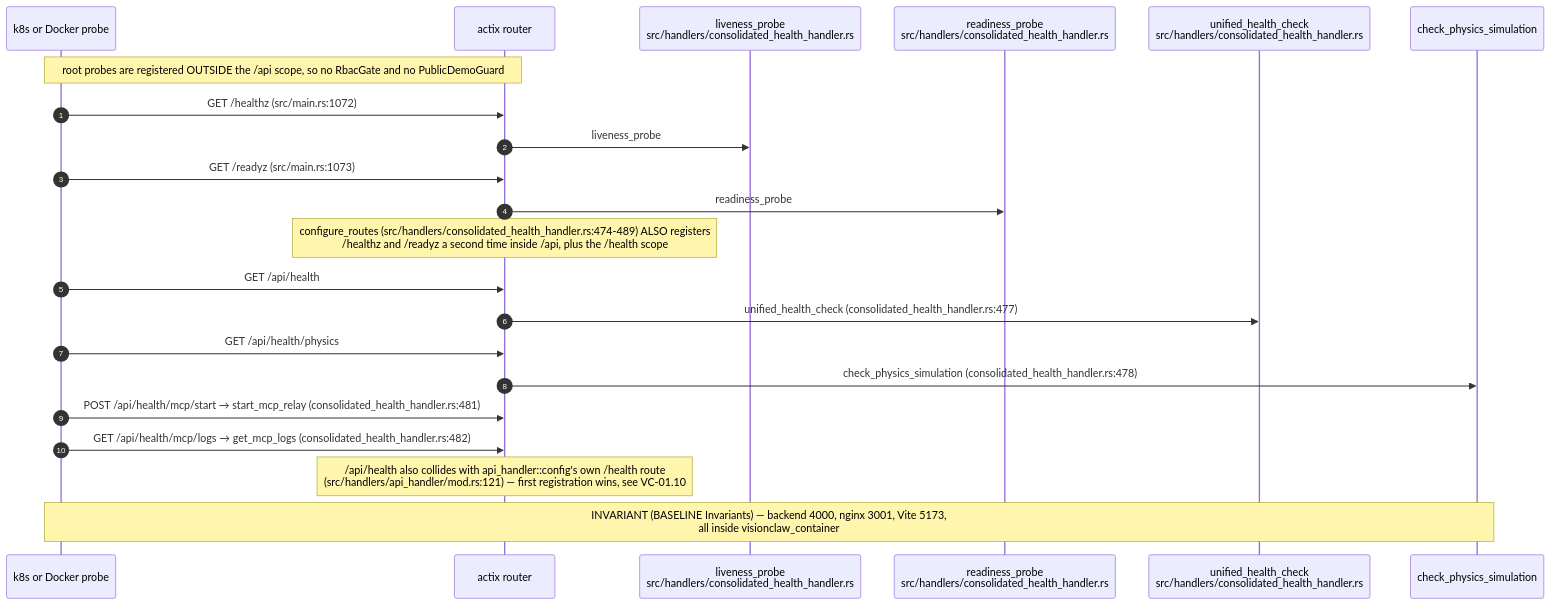
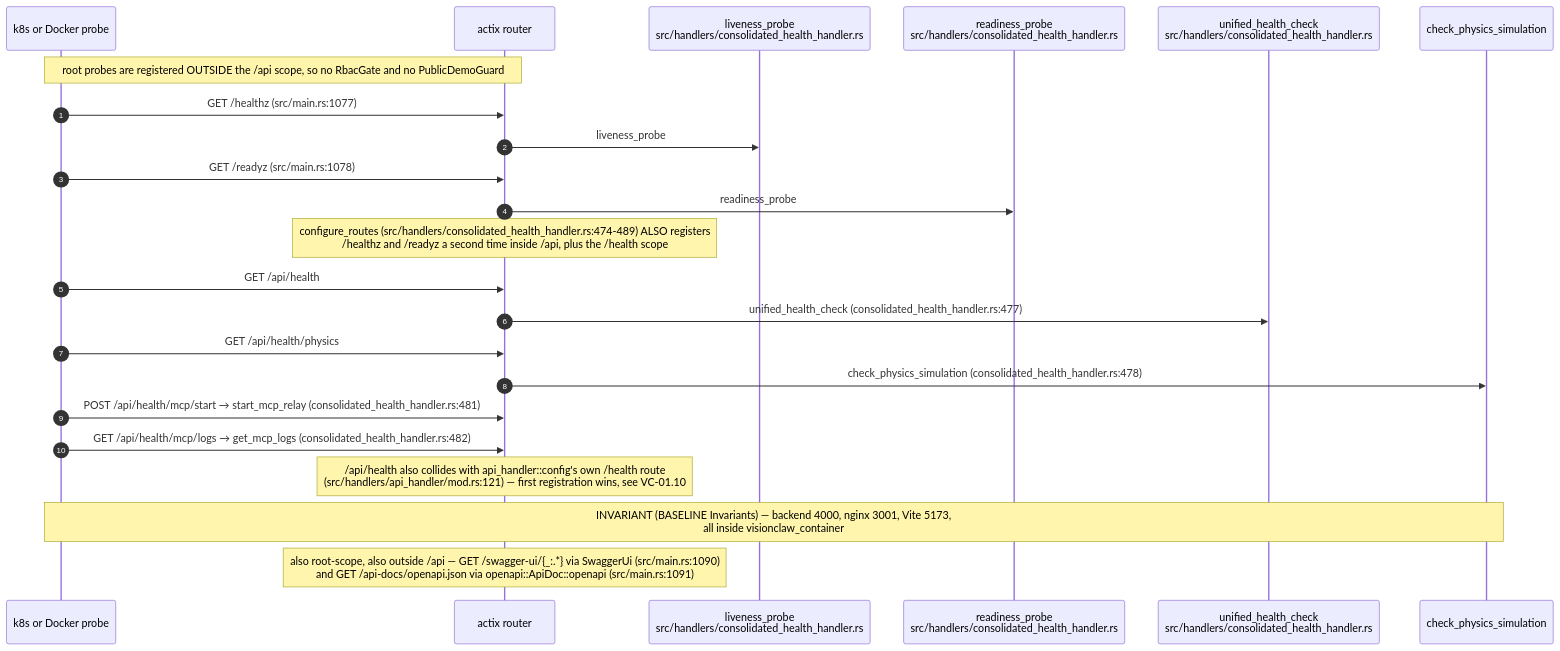
The sixth of 13 diagrams in docs/diagrams/visionclaw/01-boot-and-app-state.md (DreamLab-AI/VisionFlow), drawn with Mermaid before and after one commit. The commit also changed other lines of this file and 136 other files, not shown here.

First line of the commit message:
docs(diagrams): refresh the whole corpus to code HEAD and prune low-value diagrams

````diff
--- a/docs/diagrams/visionclaw/01-boot-and-app-state.md
+++ b/docs/diagrams/visionclaw/01-boot-and-app-state.md
@@ -328,25 +300,26 @@
 ```mermaid
 sequenceDiagram
     autonumber
     participant K as k8s or Docker probe
     participant R as actix router
     participant L as liveness_probe<br/>src/handlers/consolidated_health_handler.rs
     participant D as readiness_probe<br/>src/handlers/consolidated_health_handler.rs
     participant U as unified_health_check<br/>src/handlers/consolidated_health_handler.rs
     participant P as check_physics_simulation
 
     Note over K,R: root probes are registered OUTSIDE the /api scope, so no RbacGate and no PublicDemoGuard
-    K->>R: GET /healthz (src/main.rs:1072)
+    K->>R: GET /healthz (src/main.rs:1077)
     R->>L: liveness_probe
-    K->>R: GET /readyz (src/main.rs:1073)
+    K->>R: GET /readyz (src/main.rs:1078)
     R->>D: readiness_probe
     Note over R: configure_routes (src/handlers/consolidated_health_handler.rs:474-489) ALSO registers<br/>/healthz and /readyz a second time inside /api, plus the /health scope
     K->>R: GET /api/health
     R->>U: unified_health_check (consolidated_health_handler.rs:477)
     K->>R: GET /api/health/physics
     R->>P: check_physics_simulation (consolidated_health_handler.rs:478)
     K->>R: POST /api/health/mcp/start → start_mcp_relay (consolidated_health_handler.rs:481)
     K->>R: GET /api/health/mcp/logs → get_mcp_logs (consolidated_health_handler.rs:482)
     Note over R: /api/health also collides with api_handler::config's own /health route<br/>(src/handlers/api_handler/mod.rs:121) — first registration wins, see VC-01.10
     Note over K,P: INVARIANT (BASELINE Invariants) — backend 4000, nginx 3001, Vite 5173,<br/>all inside visionclaw_container
+    Note over R: also root-scope, also outside /api — GET /swagger-ui/{_:.*} via SwaggerUi (src/main.rs:1090)<br/>and GET /api-docs/openapi.json via openapi::ApiDoc::openapi (src/main.rs:1091)
 ```
````
